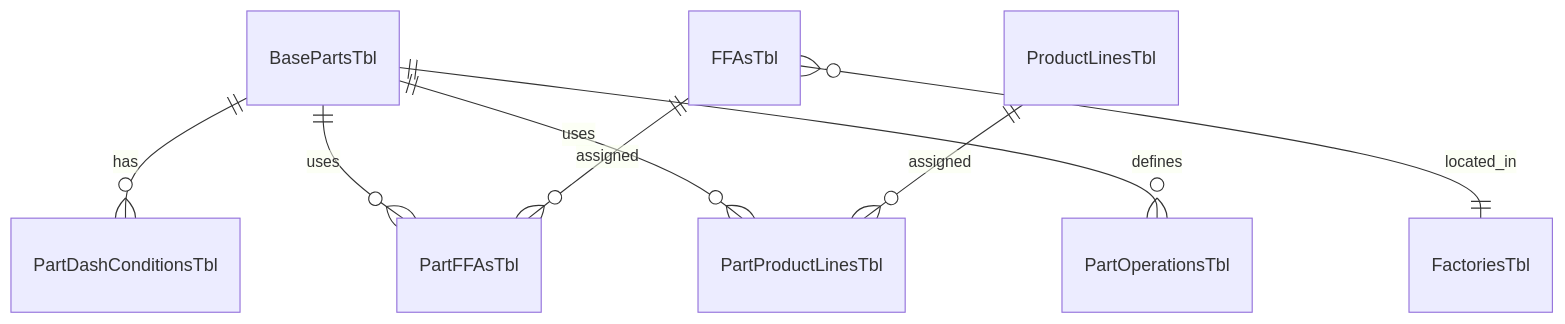
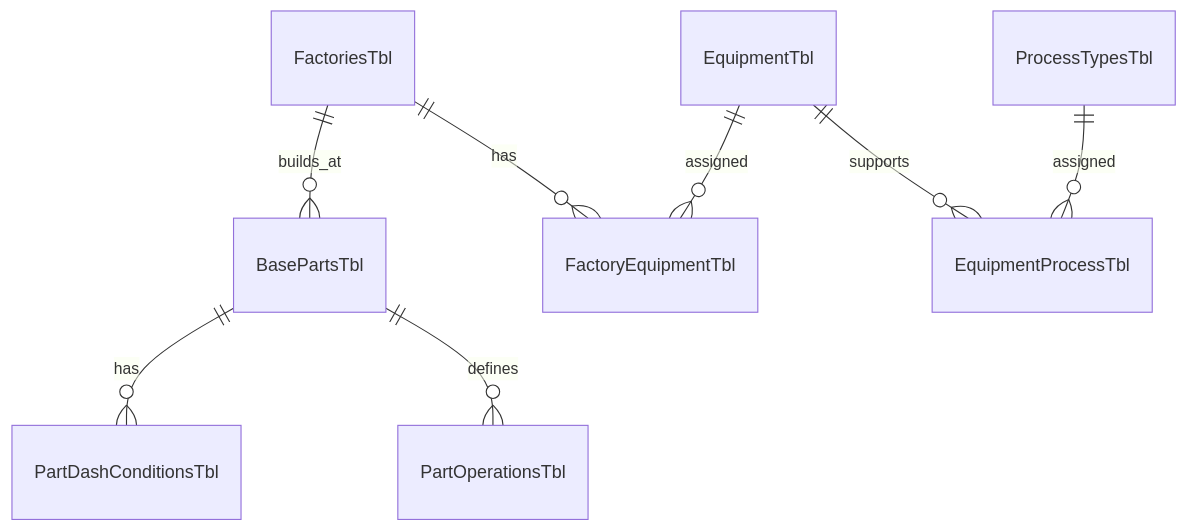
One commit to StevenStork/ProcDatabase changed the diagram in vba-capacity/README.md. Above: the diagram before and after it, drawn with Mermaid. The commit also changed other lines of this file and 9 other files, not shown here.

First line of the commit message:
Simplify part model: one factory per part, remove FFA/product lines

````diff
--- a/vba-capacity/README.md
+++ b/vba-capacity/README.md
@@ -30,10 +26,10 @@
 ```mermaid
 erDiagram
+    FactoriesTbl ||--o{ BasePartsTbl : builds_at
     BasePartsTbl ||--o{ PartDashConditionsTbl : has
-    BasePartsTbl ||--o{ PartFFAsTbl : uses
-    BasePartsTbl ||--o{ PartProductLinesTbl : uses
     BasePartsTbl ||--o{ PartOperationsTbl : defines
-    FFAsTbl ||--o{ PartFFAsTbl : assigned
-    FFAsTbl }o--|| FactoriesTbl : located_in
-    ProductLinesTbl ||--o{ PartProductLinesTbl : assigned
+    FactoriesTbl ||--o{ FactoryEquipmentTbl : has
+    EquipmentTbl ||--o{ FactoryEquipmentTbl : assigned
+    EquipmentTbl ||--o{ EquipmentProcessTbl : supports
+    ProcessTypesTbl ||--o{ EquipmentProcessTbl : assigned
 ```
````
